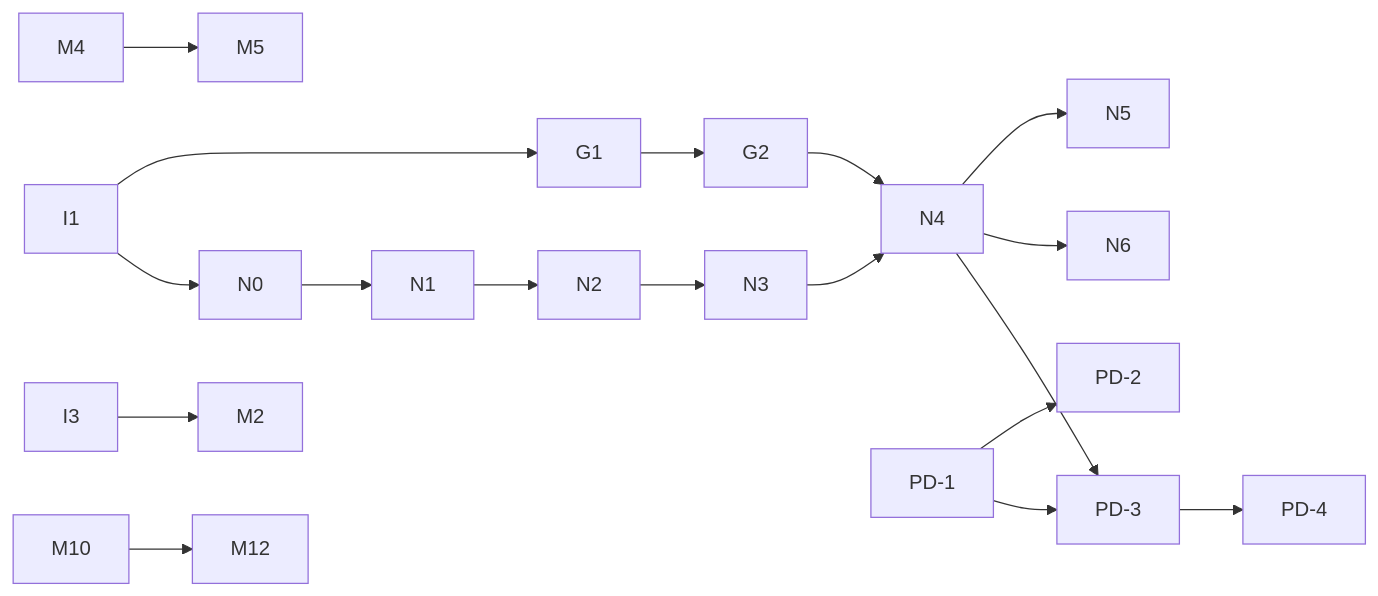
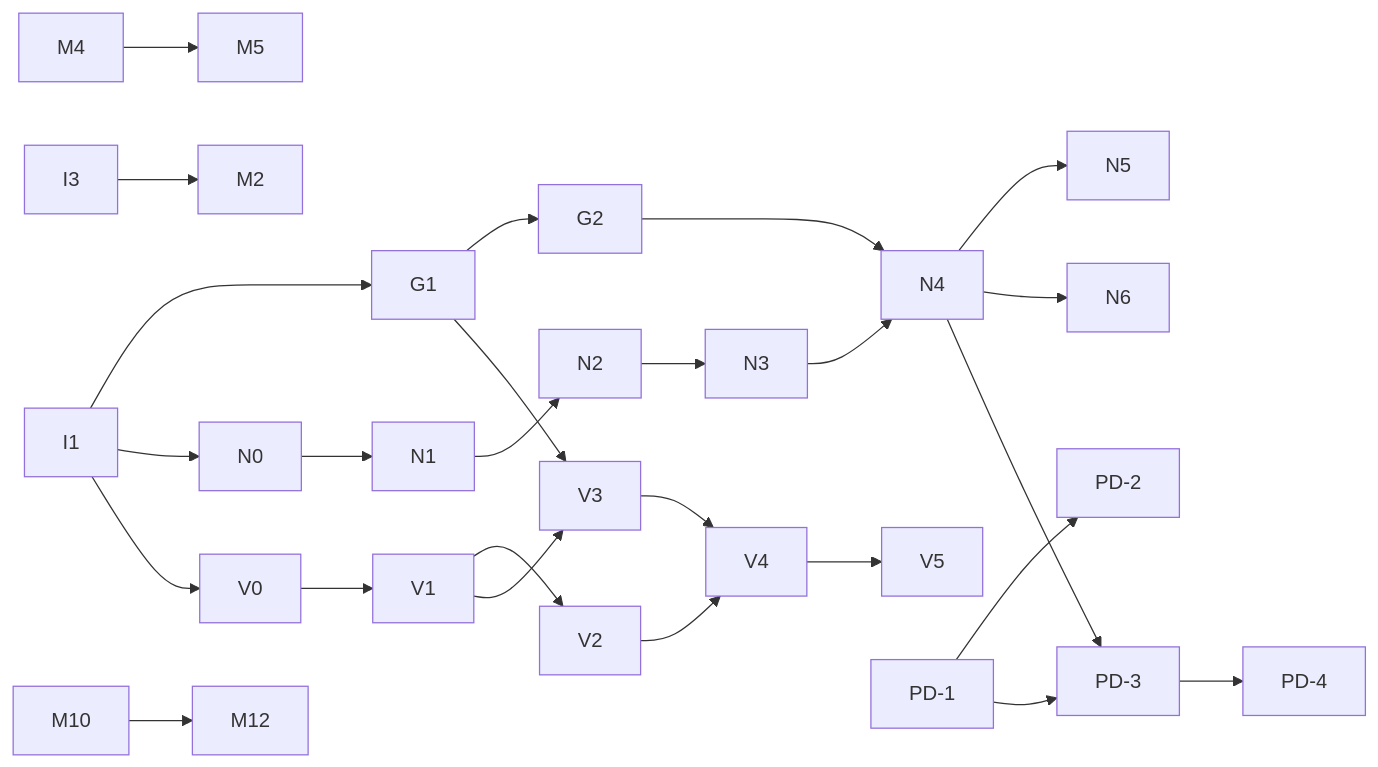
One commit to Dami-wq-k03/nano-lmcache changed the diagram in ROADMAP.md. Above: the diagram before and after it, drawn with Mermaid. The commit also changed other lines of this file, not shown here.

Commit message:
docs: sync roadmap status and restore vLLM connector tasks

````diff
--- a/ROADMAP.md
+++ b/ROADMAP.md
@@ -161,14 +190,18 @@
 ```mermaid
 graph LR
   I1 --> G1 --> G2
   I1 --> N0 --> N1 --> N2 --> N3 --> N4
   N4 --> N5
   N4 --> N6
   G2 --> N4
   M4 --> M5
   I3 --> M2
   M10 --> M12
+  I1 --> V0 --> V1
+  V1 --> V2 --> V4 --> V5
+  V1 --> V3 --> V4
+  G1 --> V3
   PD1[PD-1] --> PD2[PD-2]
   PD1 --> PD3[PD-3] --> PD4[PD-4]
   N4 --> PD3
 ```
````
